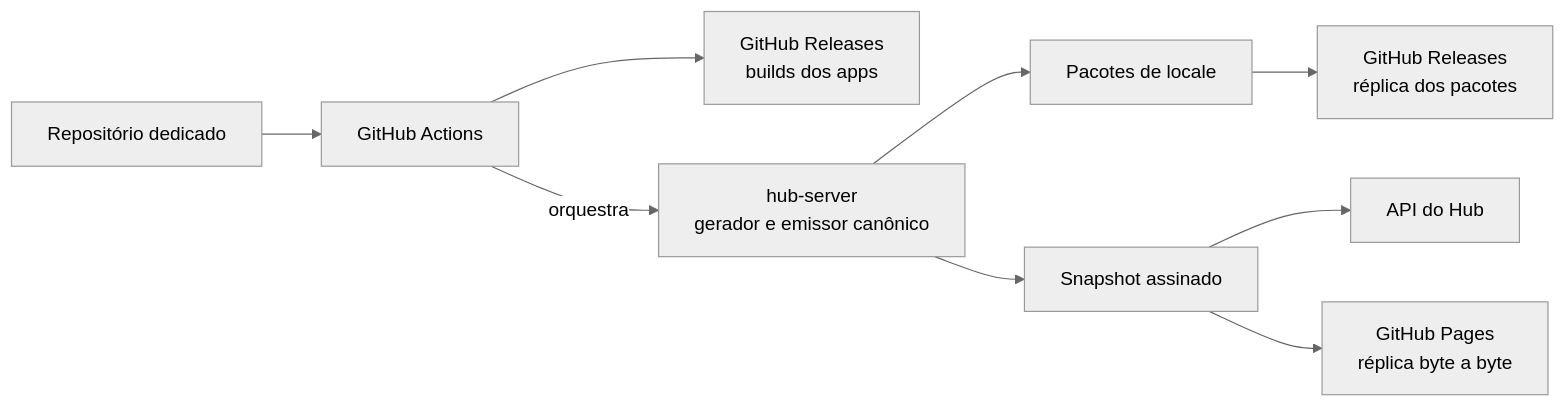
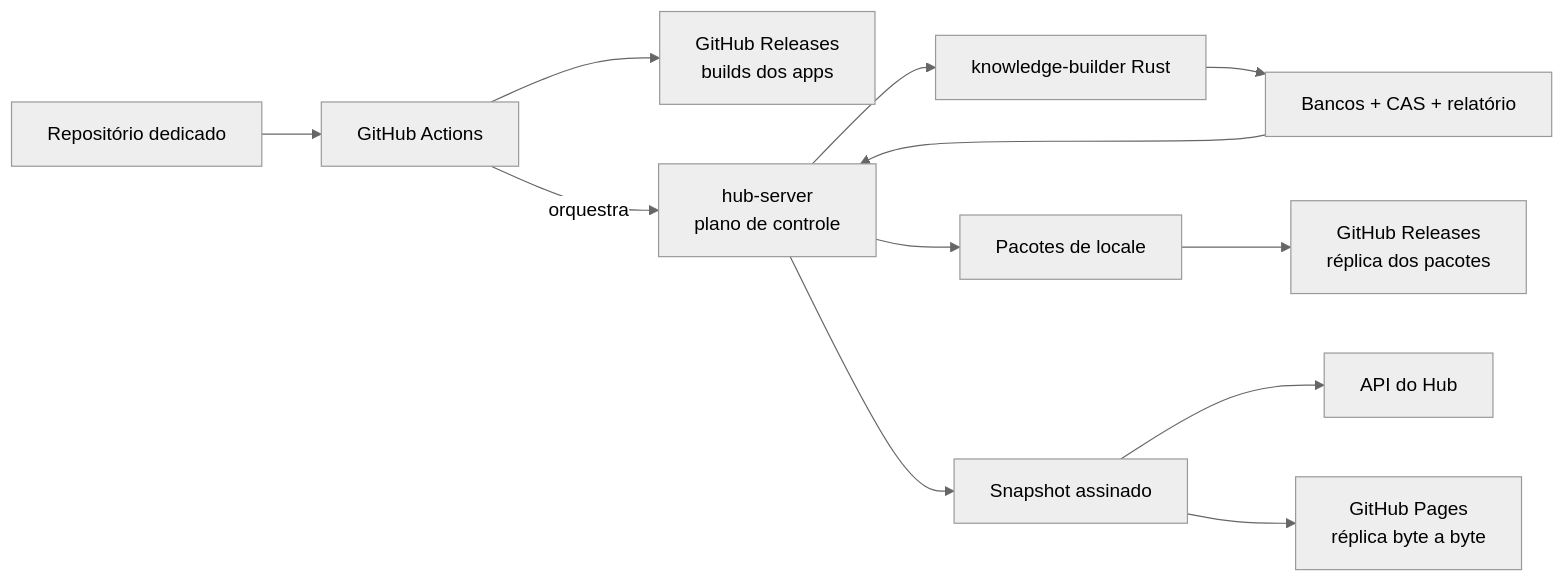
One commit to migmoroni/veterinary-clinic changed the first of 2 diagrams in docs/plans/hub-server/06-github-releases-ci.md. Above: the diagram before and after it, drawn with Mermaid (neutral theme). The commit also changed other lines of this file and 7 other files, not shown here.

Commit message:
docs: hub-server plans 4

````diff
--- a/docs/plans/hub-server/06-github-releases-ci.md
+++ b/docs/plans/hub-server/06-github-releases-ci.md
@@ -14,11 +14,14 @@
 ```mermaid
 flowchart LR
     REPO["Repositório dedicado"] --> ACTIONS["GitHub Actions"]
     ACTIONS --> APPASSETS["GitHub Releases<br/>builds dos apps"]
-    ACTIONS -->|orquestra| HUB["hub-server<br/>gerador e emissor canônico"]
+    ACTIONS -->|orquestra| HUB["hub-server<br/>plano de controle"]
+    HUB --> BUILDER["knowledge-builder Rust"]
+    BUILDER --> CANDIDATE["Bancos + CAS + relatório"]
+    CANDIDATE --> HUB
     HUB --> PACKAGES["Pacotes de locale"]
     PACKAGES --> KNOWLEDGE["GitHub Releases<br/>réplica dos pacotes"]
     HUB --> MANIFEST["Snapshot assinado"]
     MANIFEST --> HUBAPI["API do Hub"]
     MANIFEST --> PAGES["GitHub Pages<br/>réplica byte a byte"]
 ```
````
